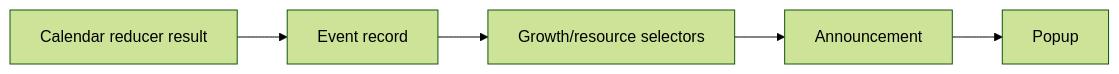
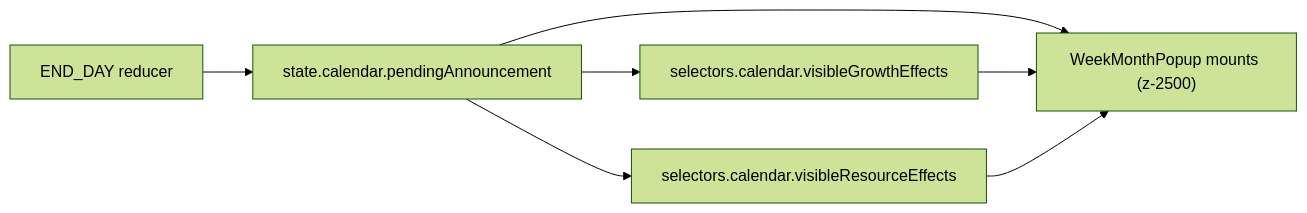
Before and after one commit to SunaNoOshiro/Heroes_Reforged_AI_Realms: the second of 5 diagrams in docs/architecture/wiki/screens/58-week-month-popup/architecture.md, drawn with Mermaid (forest theme). The commit also changed other lines of this file and 518 other files, not shown here.

First line of the commit message:
Add doc-audit skill and sweep architecture/screen docs

````diff
--- a/docs/architecture/wiki/screens/58-week-month-popup/architecture.md
+++ b/docs/architecture/wiki/screens/58-week-month-popup/architecture.md
@@ -30,8 +33,9 @@
 ```mermaid
 flowchart LR
-  L0["Calendar reducer result"] --> L1
-  L1["Event record"] --> L2
-  L2["Growth/resource selectors"] --> L3
-  L3["Announcement"] --> L4
-  L4["Popup"]
+  R["END_DAY reducer"] --> A["state.calendar.pendingAnnouncement"]
+  A --> S1["selectors.calendar.visibleGrowthEffects"]
+  A --> S2["selectors.calendar.visibleResourceEffects"]
+  A --> P["WeekMonthPopup mounts (z-2500)"]
+  S1 --> P
+  S2 --> P
 ```
````
